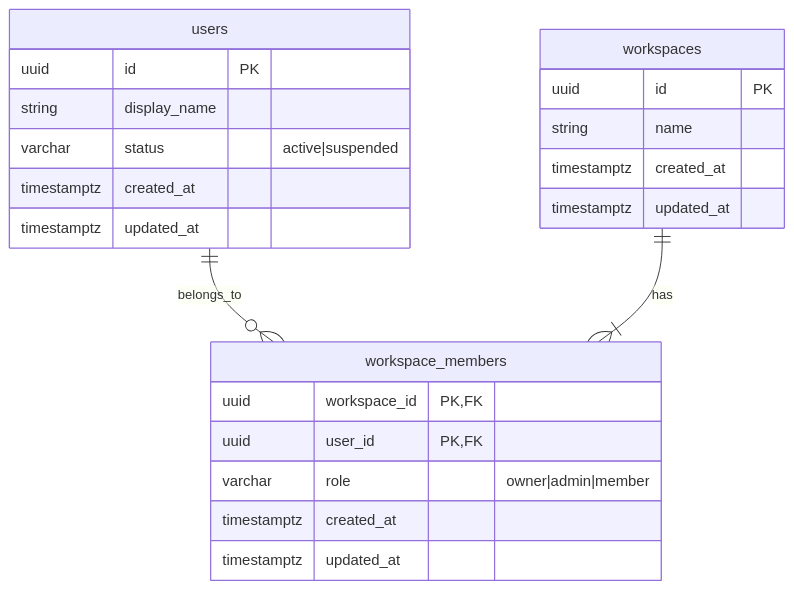
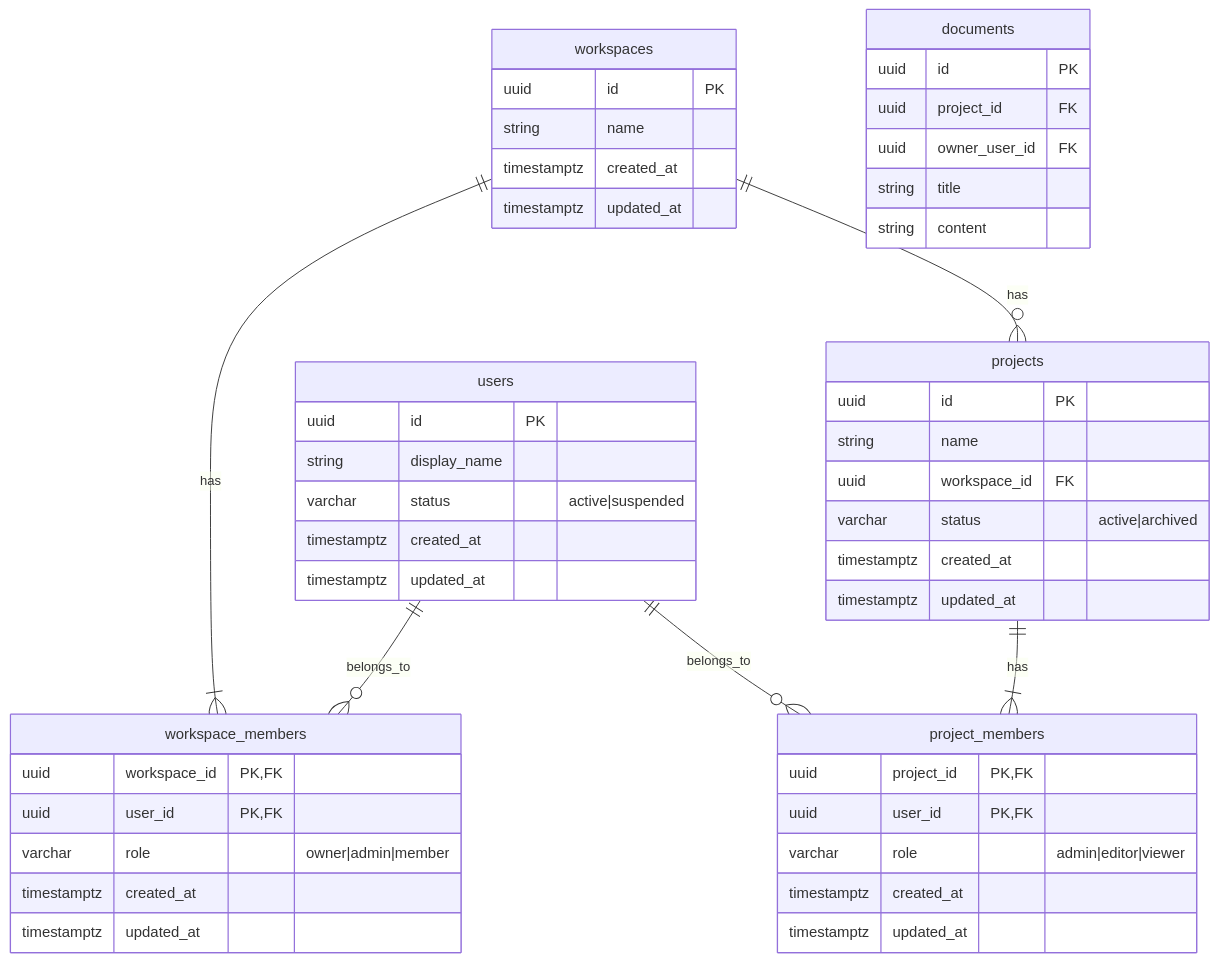
One commit to gesop0n/authorization-poc changed the diagram in docs/ER-Diagram.md. Above: the diagram before and after it, drawn with Mermaid.

````diff
--- a/docs/ER-Diagram.md
+++ b/docs/ER-Diagram.md
@@ -5,28 +5,58 @@
 ```mermaid
 erDiagram
   users {
     uuid  id PK
     string display_name
     varchar status "active|suspended"
     timestamptz created_at
     timestamptz updated_at
   }
 
   workspaces {
     uuid id PK
     string name
     timestamptz created_at
     timestamptz updated_at
   }
 
   workspace_members {
     uuid workspace_id PK, FK
     uuid user_id PK, FK
     varchar role "owner|admin|member"
     timestamptz created_at
     timestamptz updated_at
   }
 
+  projects {
+    uuid id PK
+    string name 
+    uuid workspace_id FK
+    varchar status "active|archived"
+    timestamptz created_at
+    timestamptz updated_at
+  }
+
+  project_members {
+    uuid project_id PK, FK
+    uuid user_id PK, FK
+    varchar role "admin|editor|viewer"
+    timestamptz created_at
+    timestamptz updated_at
+  }
+
+  documents {
+    uuid id PK
+    uuid project_id FK
+    uuid owner_user_id FK
+    string title 
+    string content
+  }
+
+
   users ||--o{ workspace_members : belongs_to
   workspaces ||--|{ workspace_members : has
+
+  workspaces ||--o{ projects : has
+  projects ||--|{ project_members : has
+  users ||--o{ project_members : belongs_to
 ```
````
